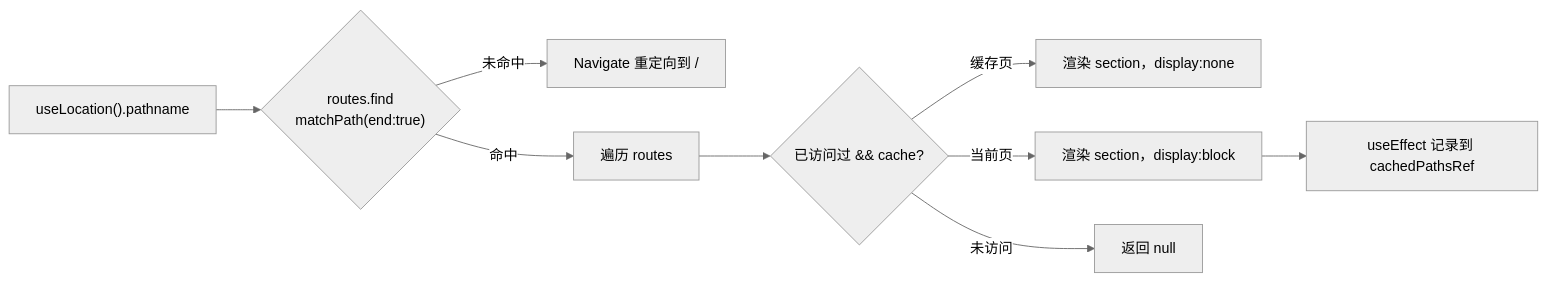
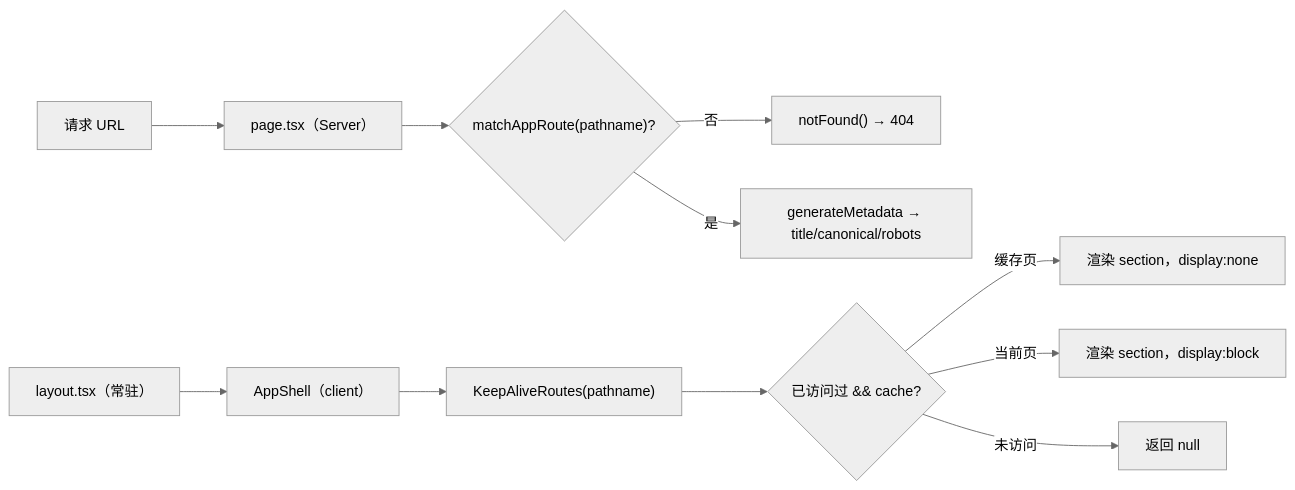
The second of 12 diagrams in docs/architecture.md (yJ2018/ticai), drawn with Mermaid (neutral theme) before and after one commit. The commit also changed other lines of this file and 73 other files, not shown here.

````diff
--- a/docs/architecture.md
+++ b/docs/architecture.md
@@ -347,11 +359,13 @@
 ```mermaid
 flowchart LR
-  L["useLocation().pathname"] --> M{"routes.find<br/>matchPath(end:true)"}
-  M -- 未命中 --> N["Navigate 重定向到 /"]
-  M -- 命中 --> R["遍历 routes"]
-  R --> C{"已访问过 && cache?"}
+  U["请求 URL"] --> P["page.tsx（Server）"]
+  P --> V{"matchAppRoute(pathname)?"}
+  V -- 否 --> NF["notFound() → 404"]
+  V -- 是 --> MD["generateMetadata → title/canonical/robots"]
+  L["layout.tsx（常驻）"] --> S["AppShell（client）"]
+  S --> K["KeepAliveRoutes(pathname)"]
+  K --> C{"已访问过 && cache?"}
   C -- 缓存页 --> H["渲染 section，display:none"]
-  C -- 当前页 --> S["渲染 section，display:block"]
+  C -- 当前页 --> B["渲染 section，display:block"]
   C -- 未访问 --> X["返回 null"]
-  S --> EF["useEffect 记录到 cachedPathsRef"]
 ```
````
